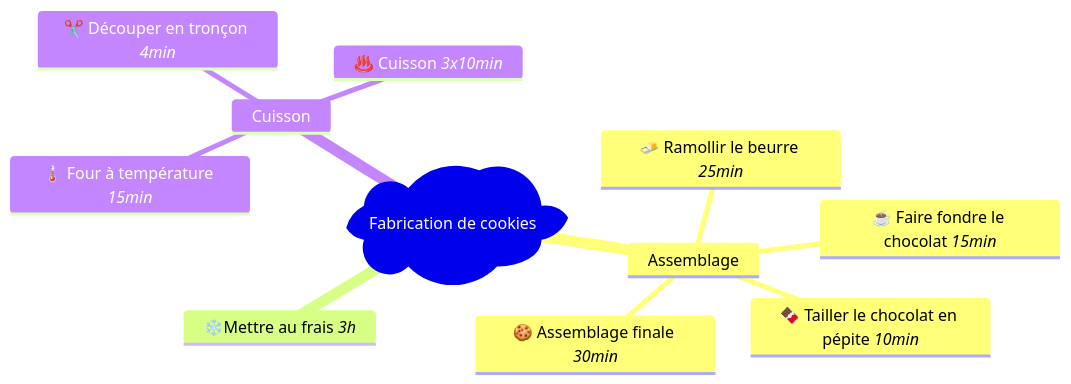
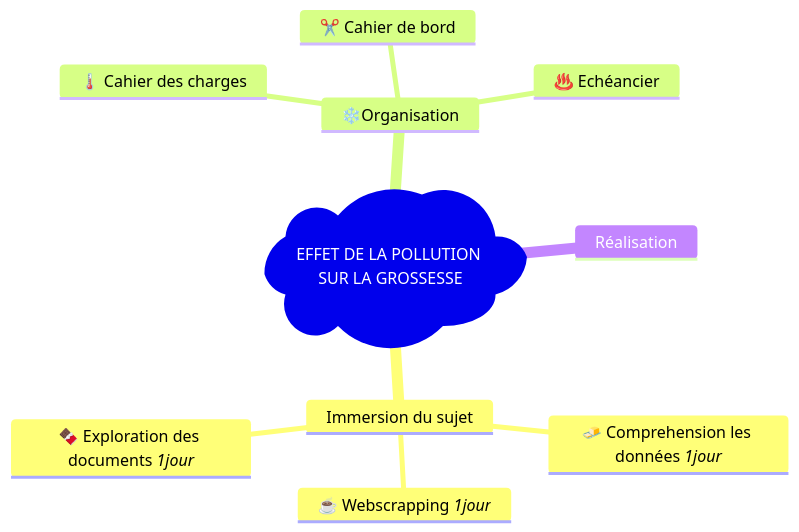
One commit to emmarme/TpGestionProjet changed the first of 5 diagrams in README.md. Above: the diagram before and after it, drawn with Mermaid. The commit also changed other lines of this file, not shown here.

Commit message:
readme.md
nouveau mermaid

````diff
--- a/README.md
+++ b/README.md
@@ -70,14 +70,14 @@
 ```mermaid
 mindmap
-  root)Fabrication de cookies(
-    Assemblage
-        🧈 Ramollir le beurre *25min*
-        ☕ Faire fondre le chocolat *15min*
-        🍫 Tailler le chocolat en pépite *10min*
-        🍪 Assemblage finale *30min*
-    ❄️Mettre au frais *3h*
-    Cuisson
-        🌡️ Four à température *15min*
-        ✂️ Découper en tronçon *4min*
-        ♨️ Cuisson *3x10min*
+  root)EFFET DE LA POLLUTION SUR LA GROSSESSE(
+    Immersion du sujet
+        🧈 Comprehension les données *1jour*
+        ☕ Webscrapping *1jour*
+        🍫 Exploration des documents *1jour*
+        
+    ❄️Organisation
+        🌡️ Cahier des charges 
+        ✂️ Cahier de bord 
+        ♨️ Echéancier 
+    Réalisation
 ```
````
